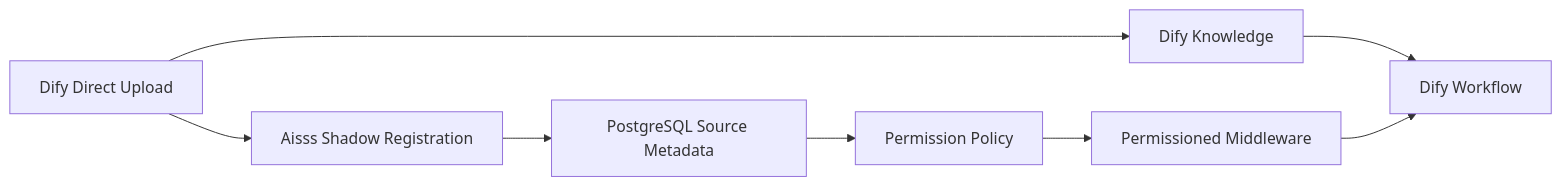
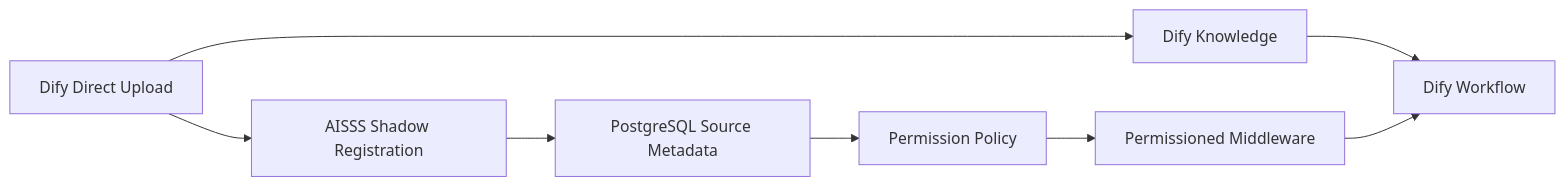
Before and after one commit to matrix9neonebuchadnezzar2199-sketch/Aisss: the fifth of 5 diagrams in docs/04-data-flow.md, drawn with Mermaid. The commit also changed other lines of this file and 21 other files, not shown here.

````diff
--- a/docs/04-data-flow.md
+++ b/docs/04-data-flow.md
@@ -109,10 +109,10 @@
 ```mermaid
 flowchart LR
   difyUpload["Dify Direct Upload"] --> difyKnowledge["Dify Knowledge"]
-  difyUpload --> shadowRegistration["Aisss Shadow Registration"]
+  difyUpload --> shadowRegistration["AISSS Shadow Registration"]
   shadowRegistration --> postgres["PostgreSQL Source Metadata"]
   postgres --> permissionPolicy["Permission Policy"]
   difyKnowledge --> difyWorkflow["Dify Workflow"]
   permissionPolicy --> searchMw["Permissioned Middleware"]
   searchMw --> difyWorkflow
 ```
````
